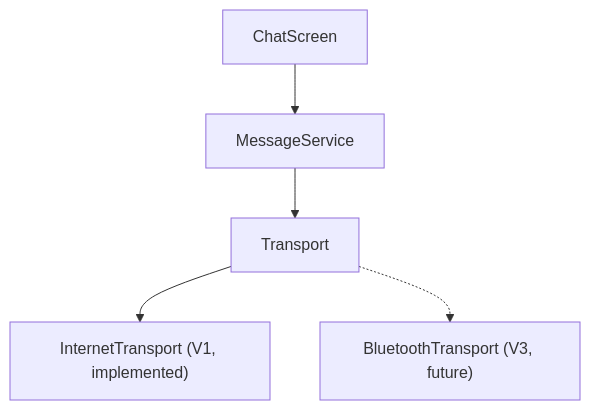
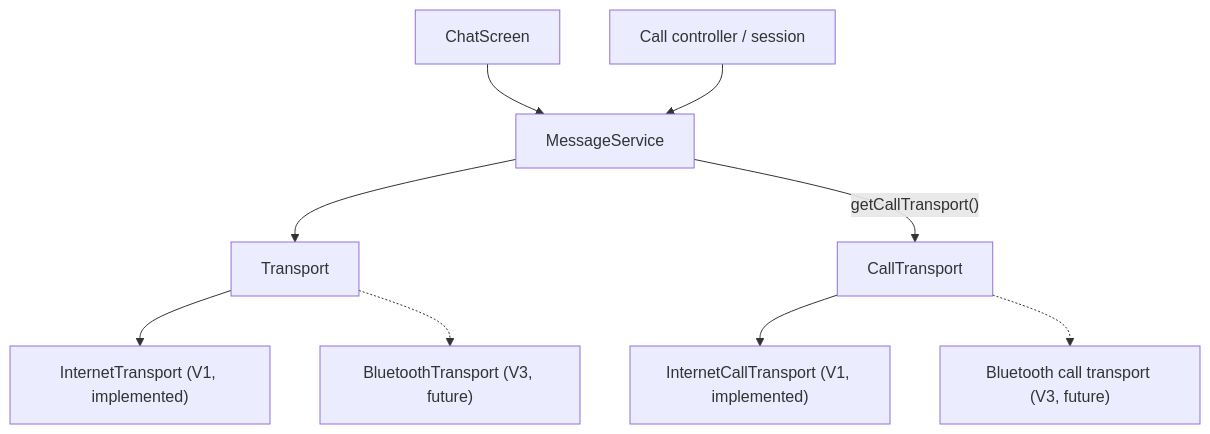
One commit to aarahman04/One-on-One changed the sixth of 6 diagrams in docs/ARCHITECTURE.md. Above: the diagram before and after it, drawn with Mermaid. The commit also changed other lines of this file and 1 other file, not shown here.

````diff
--- a/docs/ARCHITECTURE.md
+++ b/docs/ARCHITECTURE.md
@@ -107,6 +154,10 @@
 ```mermaid
 graph TD
     ChatScreen --> MessageService --> Transport
     Transport --> InternetTransport["InternetTransport (V1, implemented)"]
     Transport -.-> BluetoothTransport["BluetoothTransport (V3, future)"]
+    CallUI["Call controller / session"] --> MessageService
+    MessageService -- "getCallTransport()" --> CallTransport
+    CallTransport --> InternetCallTransport["InternetCallTransport (V1, implemented)"]
+    CallTransport -.-> BluetoothCallTransport["Bluetooth call transport (V3, future)"]
 ```
````
